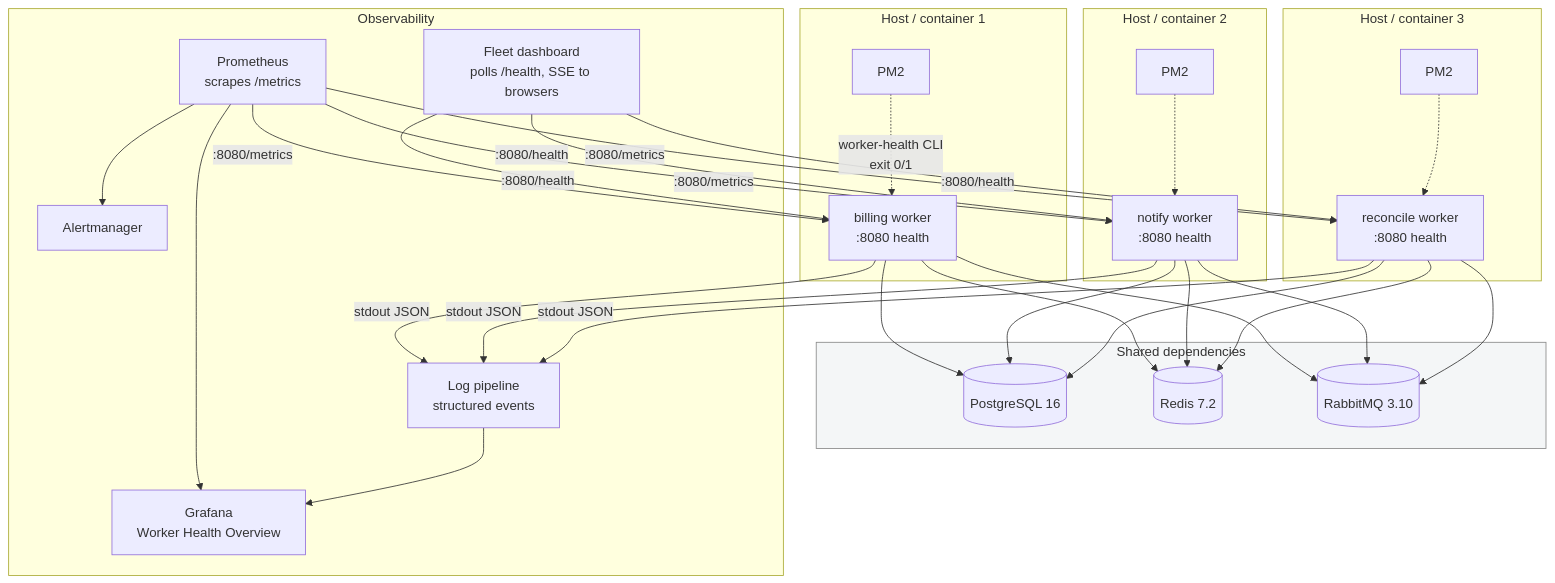
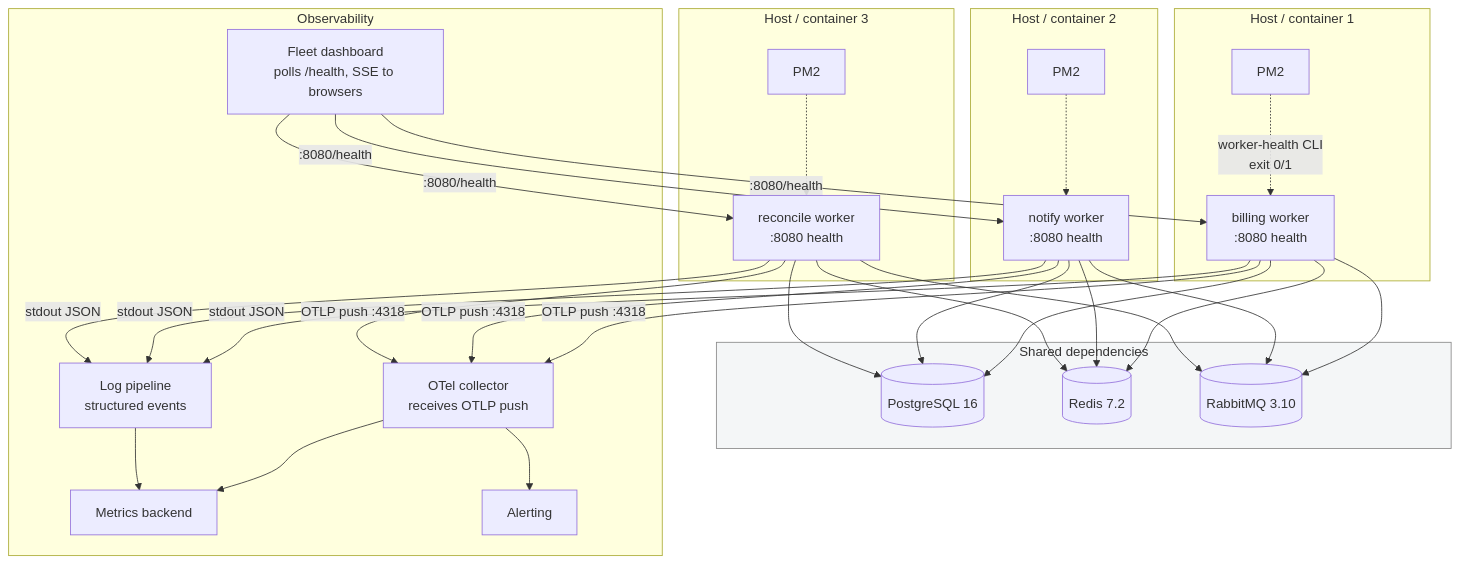
One commit to 3dwag98/health-mon changed diagram 15 of 15 in docs/ARCHITECTURE.md. Above: the diagram before and after it, drawn with Mermaid. The commit also changed other lines of this file and 52 other files, not shown here.

````diff
--- a/docs/ARCHITECTURE.md
+++ b/docs/ARCHITECTURE.md
@@ -762,42 +766,42 @@
 ```mermaid
 flowchart TB
     subgraph host1["Host / container 1"]
         W1["billing worker<br/>:8080 health"]
         PM21["PM2"]
     end
     subgraph host2["Host / container 2"]
         W2["notify worker<br/>:8080 health"]
         PM22["PM2"]
     end
     subgraph host3["Host / container 3"]
         W3["reconcile worker<br/>:8080 health"]
         PM23["PM2"]
     end
 
     subgraph deps["Shared dependencies"]
         PG[("PostgreSQL 16")]
         RD[("Redis 7.2")]
         MQ[("RabbitMQ 3.10")]
     end
 
     subgraph obs["Observability"]
-        PROM["Prometheus<br/>scrapes /metrics"]
-        GRAF["Grafana<br/>Worker Health Overview"]
-        ALERT["Alertmanager"]
+        COLL["OTel collector<br/>receives OTLP push"]
+        GRAF["Metrics backend"]
+        ALERT["Alerting"]
         DASH["Fleet dashboard<br/>polls /health, SSE to browsers"]
         LOG["Log pipeline<br/>structured events"]
     end
 
     W1 & W2 & W3 --> PG & RD & MQ
     PM21 -.->|"worker-health CLI<br/>exit 0/1"| W1
     PM22 -.-> W2
     PM23 -.-> W3
 
-    PROM -->|":8080/metrics"| W1 & W2 & W3
+    W1 & W2 & W3 -->|"OTLP push :4318"| COLL
     DASH -->|":8080/health"| W1 & W2 & W3
-    PROM --> GRAF
-    PROM --> ALERT
+    COLL --> GRAF
+    COLL --> ALERT
     W1 & W2 & W3 -->|stdout JSON| LOG --> GRAF
 
     style deps fill:#f4f6f7,stroke:#888
 ```
````
